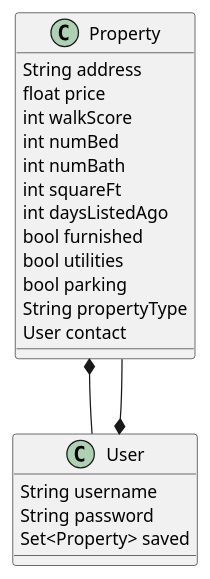
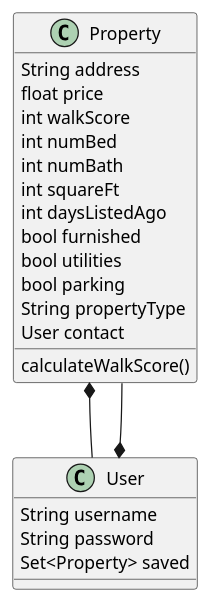
One commit to Lucy-426/Rentals changed the diagram in gotroom.puml. Above: the diagram before and after it, drawn with PlantUML.

Commit message:
edited UML diagram

```diff
--- a/gotroom.puml
+++ b/gotroom.puml
@@ -1,51 +1,31 @@
 @startuml
 'https://plantuml.com/class-diagram
 
-'abstract class AbstractList
-'abstract AbstractCollection
-'interface List
-'interface Collection
-'
-'List <|-- AbstractList
-'Collection <|-- AbstractCollection
-'
-'Collection <|- List
-'AbstractCollection <|- AbstractList
-'AbstractList <|-- ArrayList
-'
-'class ArrayList {
-'Object[] elementData
-'size()
-'}
-'
-'enum TimeUnit {
-'DAYS
-'HOURS
-'MINUTES
-'}
+'Note: no getters/setters/constructors in this diagram
 
 class Property {
 String address
 float price
 int walkScore
 int numBed
 int numBath
 int squareFt
 int daysListedAgo
 bool furnished
 bool utilities
 bool parking
 String propertyType
 User contact
+calculateWalkScore()
 }
 
 class User {
 String username
 String password
 Set<Property> saved
 }
 
 Property *-- User
 User *-- Property
 
 @enduml
```
